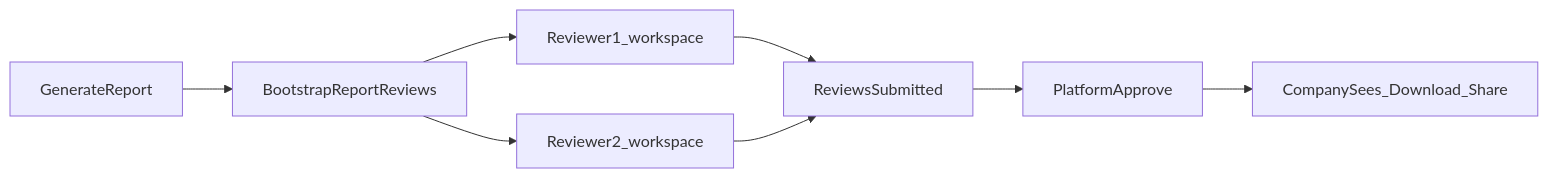
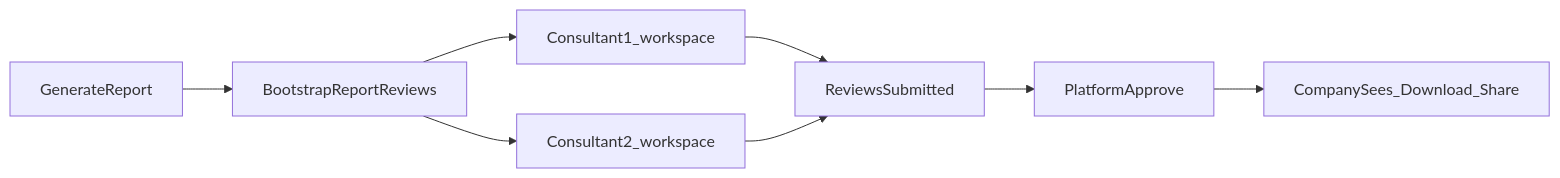
One commit to malikusman/req_app changed the sixth of 6 diagrams in docs/APPLICATION_GUIDE.md. Above: the diagram before and after it, drawn with Mermaid. The commit also changed other lines of this file and 444 other files, not shown here.

First line of the commit message:
Rename Reviewer to Consultant across the stack

````diff
--- a/docs/APPLICATION_GUIDE.md
+++ b/docs/APPLICATION_GUIDE.md
@@ -690,10 +690,10 @@
 ```mermaid
 flowchart LR
   Gen[GenerateReport] --> Boot[BootstrapReportReviews]
-  Boot --> R1[Reviewer1_workspace]
-  Boot --> R2[Reviewer2_workspace]
+  Boot --> R1[Consultant1_workspace]
+  Boot --> R2[Consultant2_workspace]
   R1 --> Submit[ReviewsSubmitted]
   R2 --> Submit
   Submit --> Plat[PlatformApprove]
   Plat --> Co[CompanySees_Download_Share]
 ```
````
